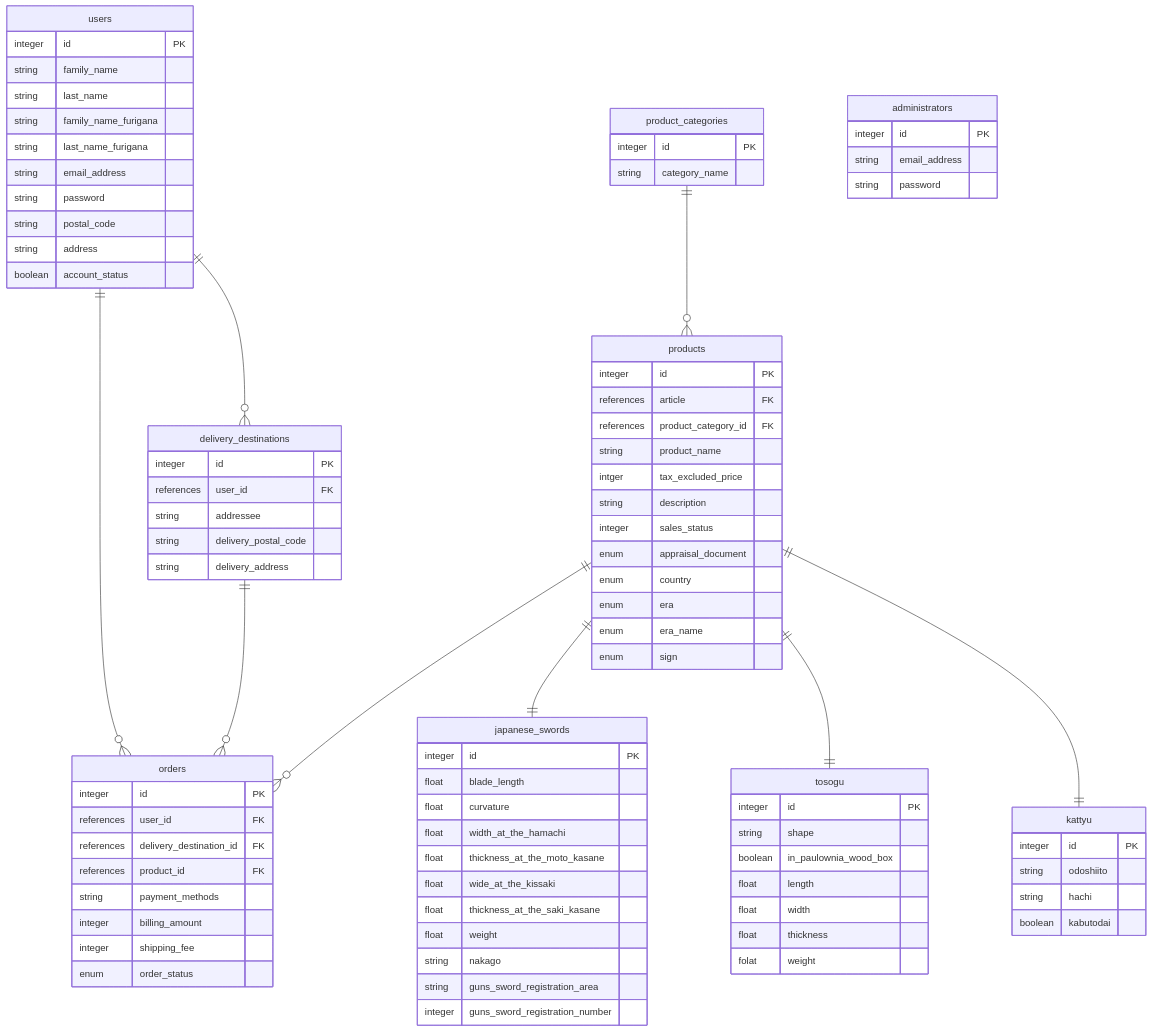
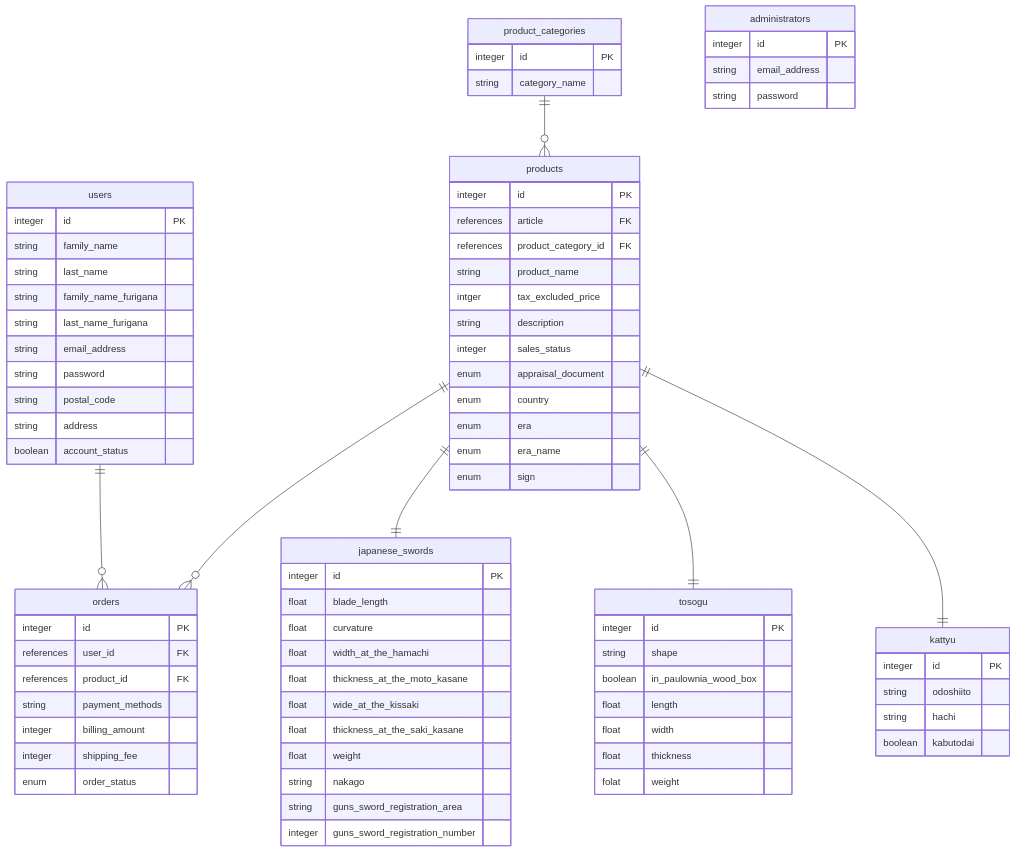
Before and after one commit to daichi-kusawake/touken-ec: the diagram in README.md, drawn with Mermaid.

````diff
--- a/README.md
+++ b/README.md
@@ -37,9 +37,7 @@
 ```mermaid
 erDiagram
 users ||--o{orders:""
-users ||--o{delivery_destinations:""
 
-delivery_destinations ||--o{orders:""
 
 products ||--o{orders:""
 products ||--||japanese_swords:""
@@ -69,20 +67,11 @@
 orders{
     integer id PK
     references user_id FK
-    references delivery_destination_id FK
     references product_id FK
     string payment_methods
     integer billing_amount
     integer shipping_fee
     enum order_status
-}
-
-delivery_destinations{
-    integer id PK
-    references user_id FK
-    string addressee
-    string delivery_postal_code
-    string delivery_address
 }
 
 products{
````
